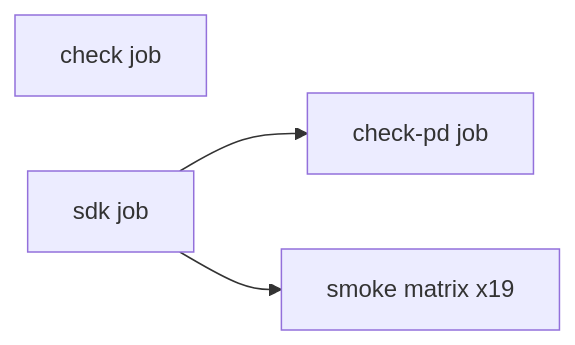
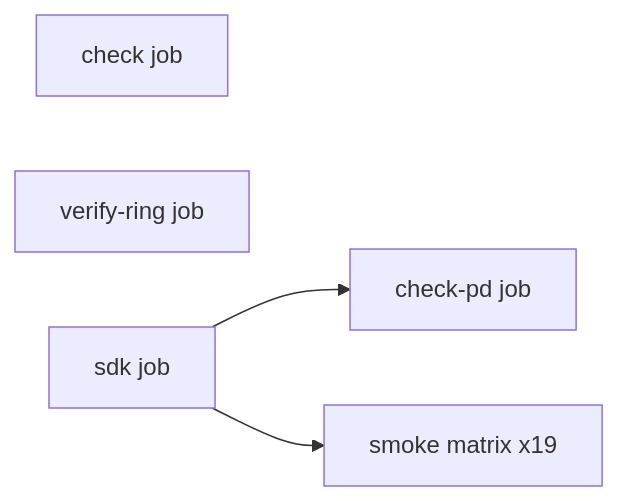
One commit to julerex/lerux changed the diagram in docs/ci.md. Above: the diagram before and after it, drawn with Mermaid. The commit also changed other lines of this file and 16 other files, not shown here.

````diff
--- a/docs/ci.md
+++ b/docs/ci.md
@@ -12,9 +13,10 @@
 ```mermaid
 flowchart LR
   check[check job]
+  verifyRing[verify-ring job]
   sdk[sdk job]
   checkPd[check-pd job]
   smoke[smoke matrix x19]
   sdk --> checkPd
   sdk --> smoke
 ```
````
